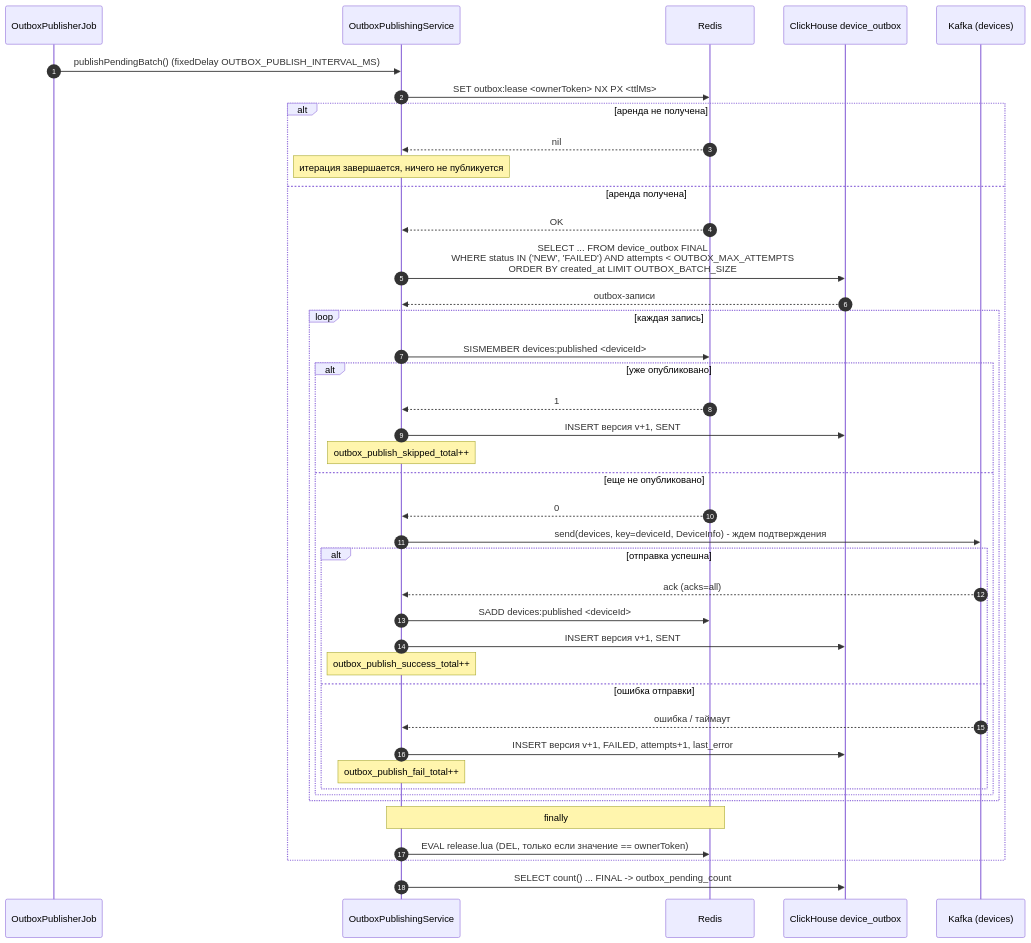
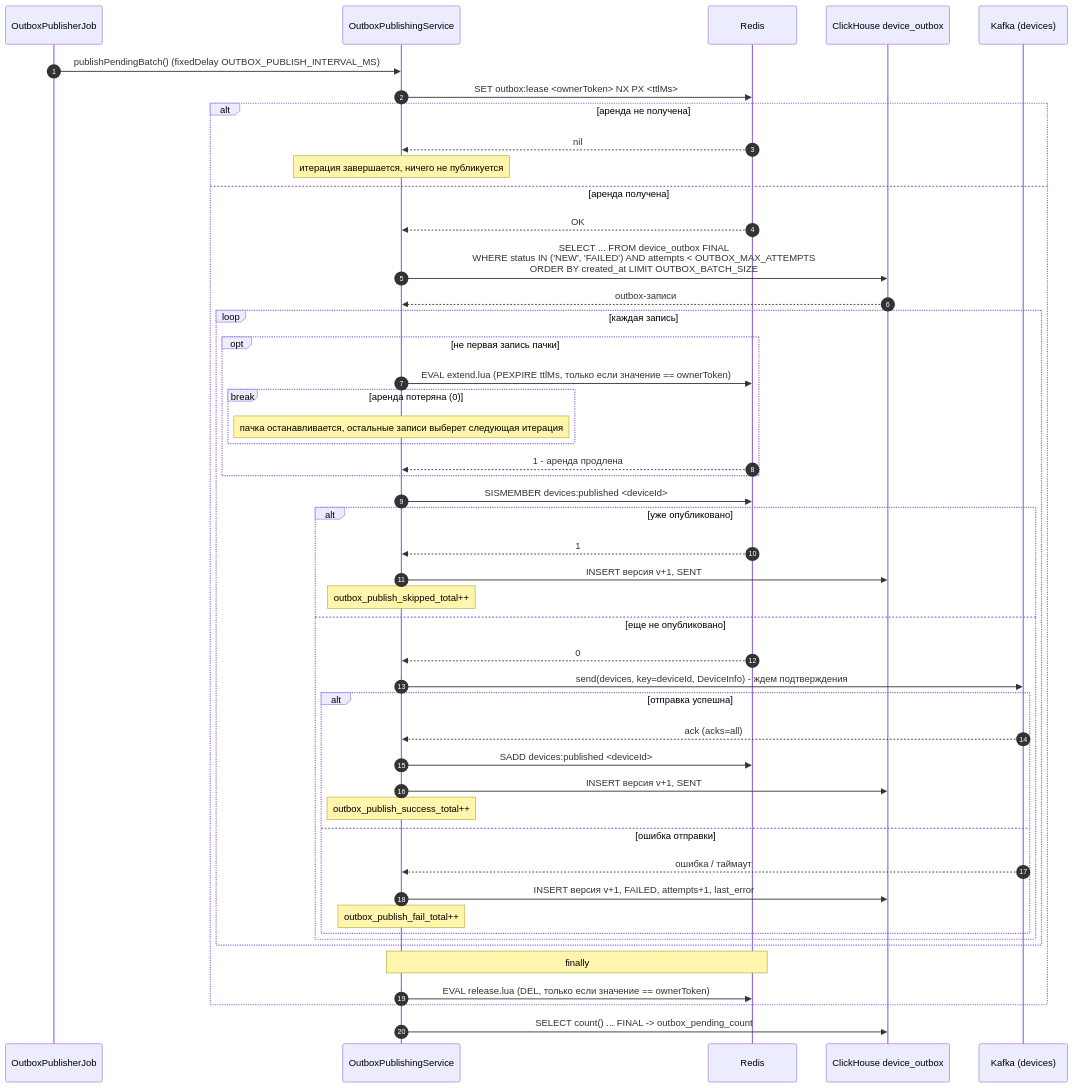
Before and after one commit to gluhov-d/iot-platform: the diagram in diagrams/sequence-outbox-publish.mmd, drawn with Mermaid. The commit also changed 9 other files, not shown here.

```diff
--- a/diagrams/sequence-outbox-publish.mmd
+++ b/diagrams/sequence-outbox-publish.mmd
@@ -1,43 +1,50 @@
 %% Фоновая публикация outbox: один активный публикатор через Redis-аренду
 sequenceDiagram
     autonumber
     participant J as OutboxPublisherJob
     participant P as OutboxPublishingService
     participant R as Redis
     participant CH as ClickHouse device_outbox
     participant K as Kafka (devices)
 
     J->>P: publishPendingBatch() (fixedDelay OUTBOX_PUBLISH_INTERVAL_MS)
     P->>R: SET outbox:lease <ownerToken> NX PX <ttlMs>
     alt аренда не получена
         R-->>P: nil
         Note over P: итерация завершается, ничего не публикуется
     else аренда получена
         R-->>P: OK
         P->>CH: SELECT ... FROM device_outbox FINAL<br/>WHERE status IN ('NEW', 'FAILED') AND attempts < OUTBOX_MAX_ATTEMPTS<br/>ORDER BY created_at LIMIT OUTBOX_BATCH_SIZE
         CH-->>P: outbox-записи
         loop каждая запись
+            opt не первая запись пачки
+                P->>R: EVAL extend.lua (PEXPIRE ttlMs, только если значение == ownerToken)
+                break аренда потеряна (0)
+                    Note over P: пачка останавливается, остальные записи выберет следующая итерация
+                end
+                R-->>P: 1 - аренда продлена
+            end
             P->>R: SISMEMBER devices:published <deviceId>
             alt уже опубликовано
                 R-->>P: 1
                 P->>CH: INSERT версия v+1, SENT
                 Note over P: outbox_publish_skipped_total++
             else еще не опубликовано
                 R-->>P: 0
                 P->>K: send(devices, key=deviceId, DeviceInfo) - ждем подтверждения
                 alt отправка успешна
                     K-->>P: ack (acks=all)
                     P->>R: SADD devices:published <deviceId>
                     P->>CH: INSERT версия v+1, SENT
                     Note over P: outbox_publish_success_total++
                 else ошибка отправки
                     K-->>P: ошибка / таймаут
                     P->>CH: INSERT версия v+1, FAILED, attempts+1, last_error
                     Note over P: outbox_publish_fail_total++
                 end
             end
         end
         Note over P,R: finally
         P->>R: EVAL release.lua (DEL, только если значение == ownerToken)
     end
     P->>CH: SELECT count() ... FINAL -> outbox_pending_count
```
